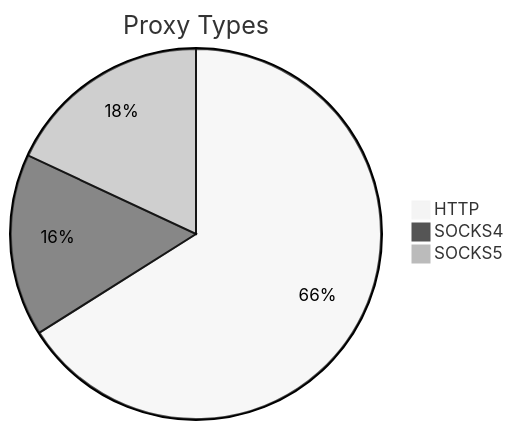
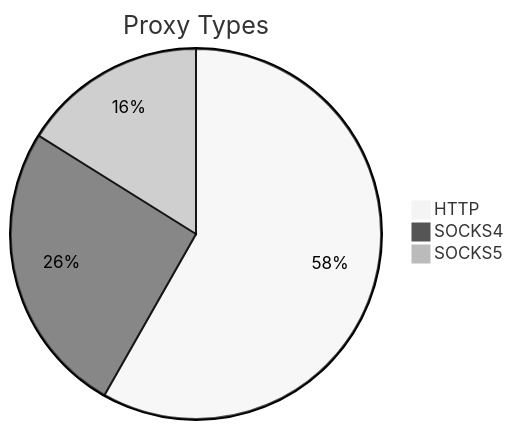
The first of 2 diagrams in README.md (stormsia/proxy-list), drawn with Mermaid (neutral theme) before and after one commit. The commit also changed other lines of this file, not shown here.

````diff
--- a/README.md
+++ b/README.md
@@ -21,6 +21,6 @@
 ```mermaid
 pie title Proxy Types
-    "HTTP" : 249
-    "SOCKS4" : 60
-    "SOCKS5" : 68
+    "HTTP" : 347
+    "SOCKS4" : 153
+    "SOCKS5" : 96
 ```
````
